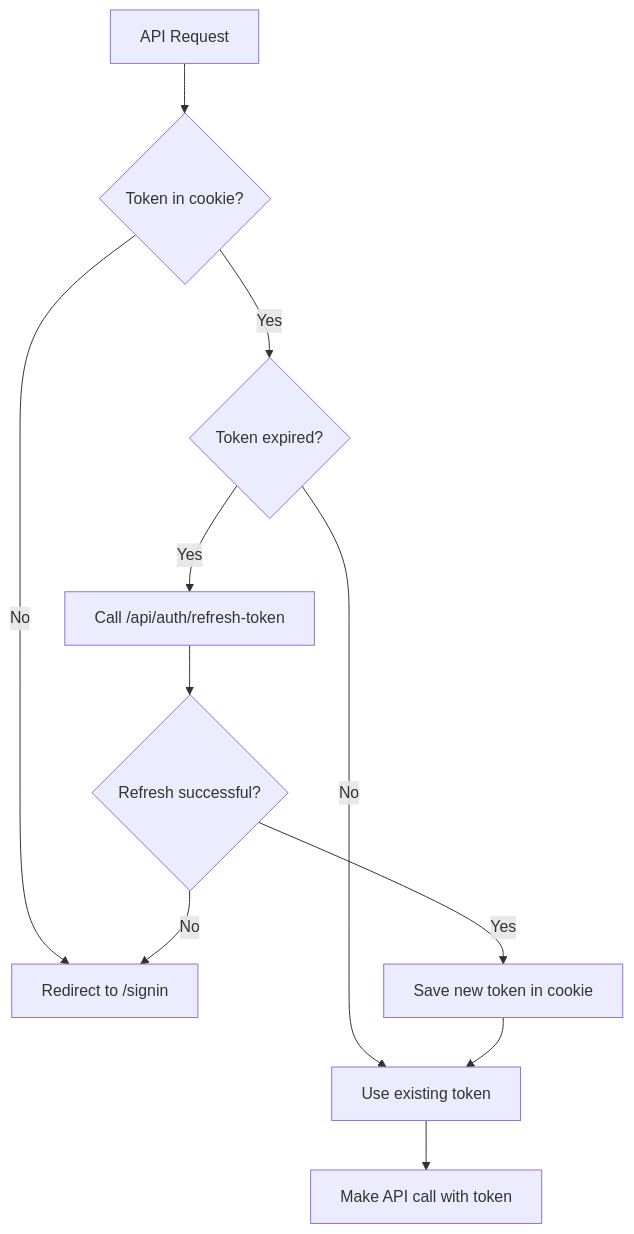
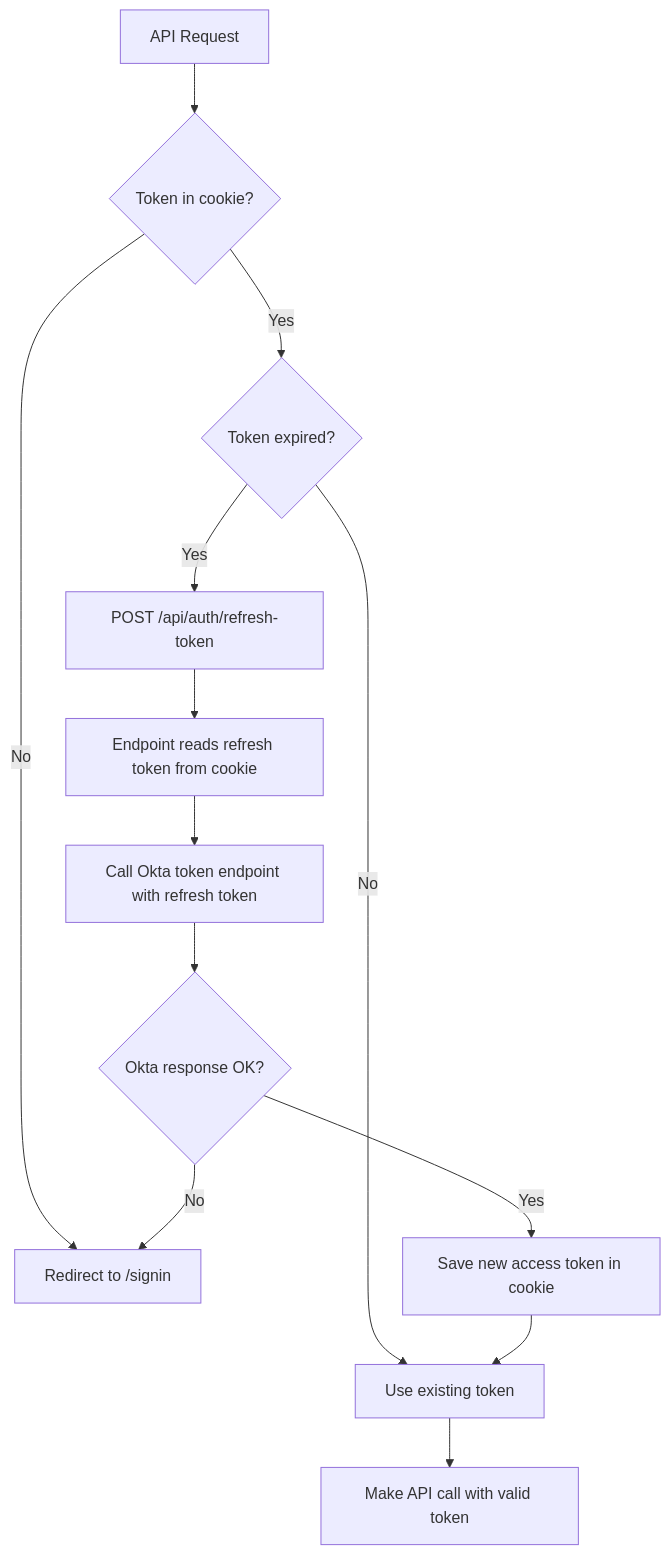
One commit to stacklok/toolhive-cloud-ui changed the second of 2 diagrams in src/lib/auth/README.md. Above: the diagram before and after it, drawn with Mermaid.

Commit message:
refactor: refresh token diagram flow

````diff
--- a/src/lib/auth/README.md
+++ b/src/lib/auth/README.md
@@ -42,13 +42,15 @@
 ```mermaid
 flowchart TD
     A[API Request] --> B{Token in cookie?}
     B -->|No| C[Redirect to /signin]
     B -->|Yes| D{Token expired?}
     D -->|No| E[Use existing token]
-    D -->|Yes| F[Call /api/auth/refresh-token]
-    F --> G{Refresh successful?}
-    G -->|Yes| H[Save new token in cookie]
-    G -->|No| C
-    H --> E
-    E --> I[Make API call with token]
+    D -->|Yes| F[POST /api/auth/refresh-token]
+    F --> G[Endpoint reads refresh token from cookie]
+    G --> H[Call Okta token endpoint with refresh token]
+    H --> I{Okta response OK?}
+    I -->|Yes| J[Save new access token in cookie]
+    I -->|No| C
+    J --> E
+    E --> K[Make API call with valid token]
 ```
````
